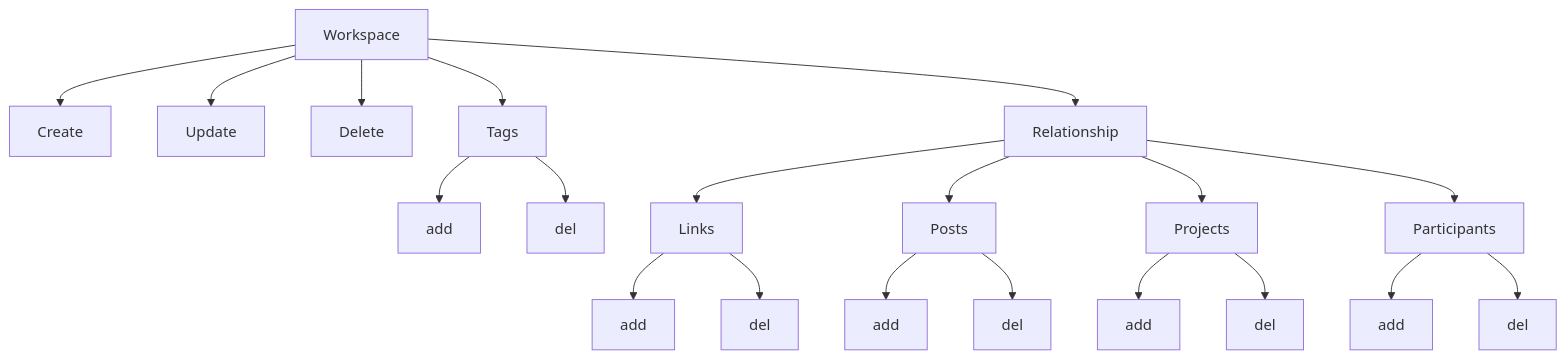
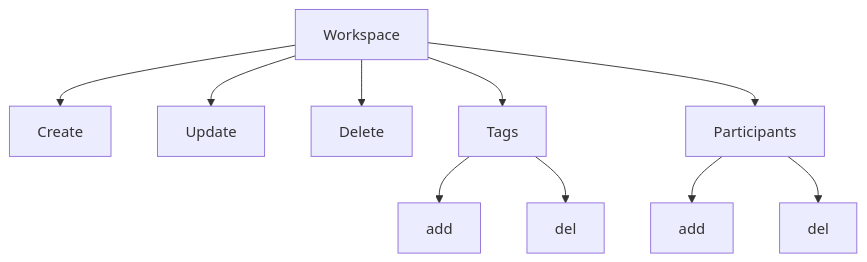
One commit to DviDev/workspace-module changed the second of 2 diagrams in README.md. Above: the diagram before and after it, drawn with Mermaid. The commit also changed other lines of this file, not shown here.

Commit message:
readme updated

````diff
--- a/README.md
+++ b/README.md
@@ -12,23 +9,12 @@
 ```mermaid
 graph TD;
     Workspace-->Create;
     Workspace-->Update;
     Workspace-->Delete;
     Workspace-->Tags;
     Tags-->TagsAdd[add];
     Tags-->TagsDel[del];
-    Workspace-->Relationship;
-    Relationship-->Links;
-    Links-->LinkAdd[add];
-    Links-->LinkDel[del];
-    Relationship-->Posts;
-    Posts-->PostAdd[add];
-    Posts-->PostDel[del];
-    Relationship-->Projects;
-    Projects-->ProjectAdd[add];
-    Projects-->ProjectDel[del];
-    Relationship-->Participants;
+    Workspace-->Participants;
     Participants-->ParticipantAdd[add];
-    Participants-->ParticipantDel[del];
-    
+    Participants-->ParticipantDel[del];    
 ```
````
